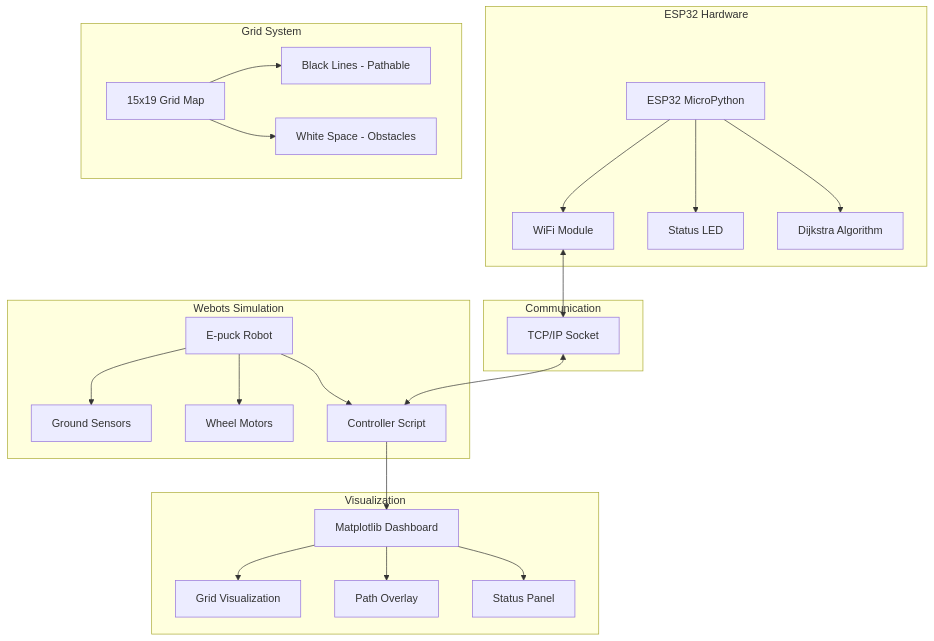
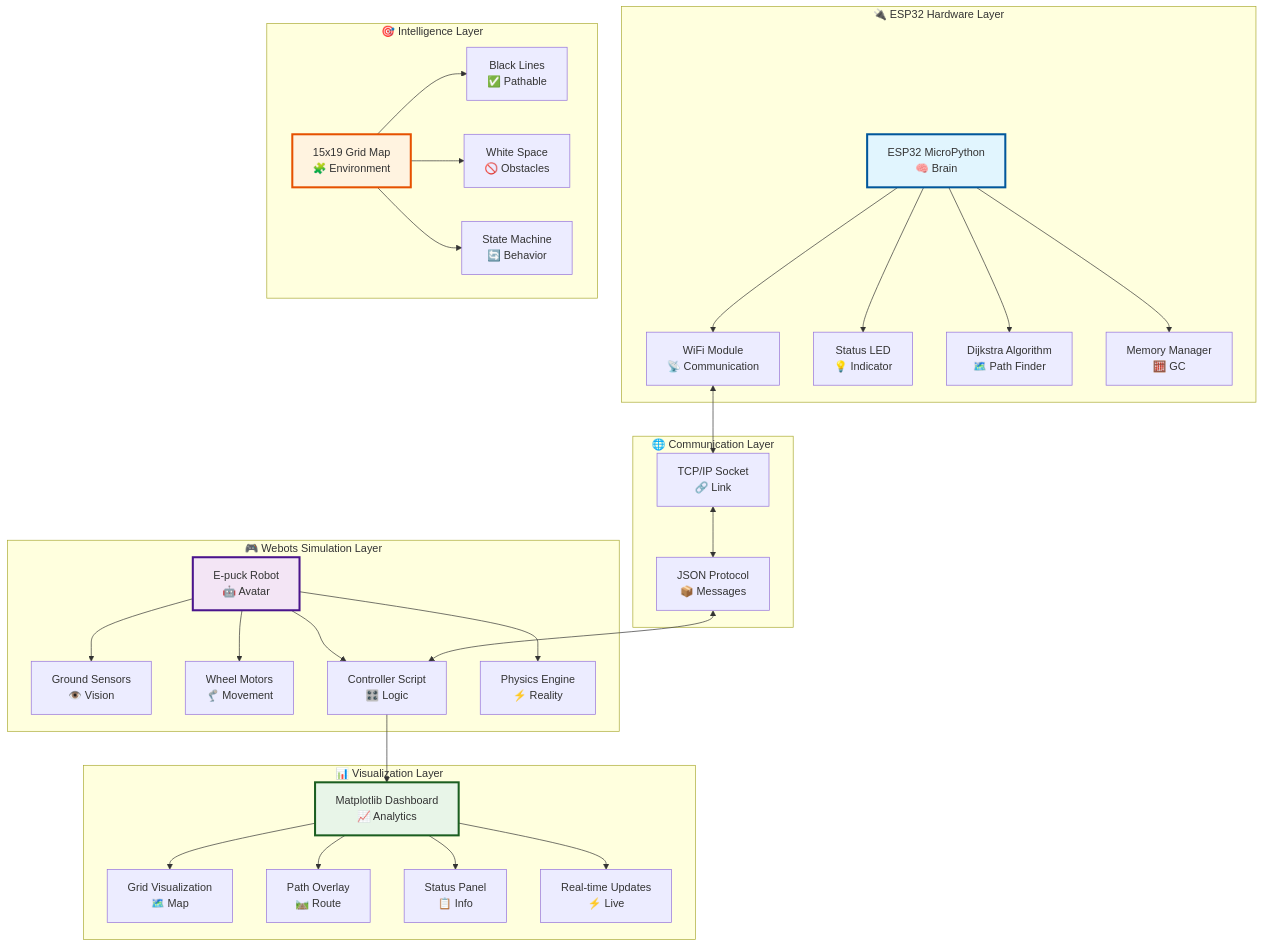
Before and after one commit to Simonf8/Hardware-in-the-Loop-Simulation: the first of 4 diagrams in README.md, drawn with Mermaid. The commit also changed other lines of this file and 1 other file, not shown here.

Commit message:
Add demo video showcasing the Hardware-in-the-Loop Robot Navigation System in action

````diff
--- a/README.md
+++ b/README.md
@@ -57,34 +100,44 @@
 ```mermaid
 graph TB
-    subgraph "ESP32 Hardware"
-        ESP[ESP32 MicroPython]
-        ESP --> WIFI[WiFi Module]
-        ESP --> LED[Status LED]
-        ESP --> DIJKSTRA[Dijkstra Algorithm]
+    subgraph "🔌 ESP32 Hardware Layer"
+        ESP[ESP32 MicroPython<br/>🧠 Brain]
+        ESP --> WIFI[WiFi Module<br/>📡 Communication]
+        ESP --> LED[Status LED<br/>💡 Indicator]
+        ESP --> DIJKSTRA[Dijkstra Algorithm<br/>🗺️ Path Finder]
+        ESP --> MEMORY[Memory Manager<br/>🧮 GC]
     end
     
-    subgraph "Webots Simulation"
-        ROBOT[E-puck Robot]
-        ROBOT --> SENSORS[Ground Sensors]
-        ROBOT --> MOTORS[Wheel Motors]
-        ROBOT --> CONTROL[Controller Script]
+    subgraph "🎮 Webots Simulation Layer"
+        ROBOT[E-puck Robot<br/>🤖 Avatar]
+        ROBOT --> SENSORS[Ground Sensors<br/>👁️ Vision]
+        ROBOT --> MOTORS[Wheel Motors<br/>🦿 Movement]
+        ROBOT --> CONTROL[Controller Script<br/>🎛️ Logic]
+        ROBOT --> PHYSICS[Physics Engine<br/>⚡ Reality]
     end
     
-    subgraph "Communication"
-        WIFI <--> TCPIP[TCP/IP Socket]
-        TCPIP <--> CONTROL
+    subgraph "🌐 Communication Layer"
+        WIFI <--> TCPIP[TCP/IP Socket<br/>🔗 Link]
+        TCPIP <--> JSON[JSON Protocol<br/>📦 Messages]
+        JSON <--> CONTROL
     end
     
-    subgraph "Visualization"
-        CONTROL --> PLOT[Matplotlib Dashboard]
-        PLOT --> GRID[Grid Visualization]
-        PLOT --> PATH[Path Overlay]
-        PLOT --> STATUS[Status Panel]
+    subgraph "📊 Visualization Layer"
+        CONTROL --> PLOT[Matplotlib Dashboard<br/>📈 Analytics]
+        PLOT --> GRID[Grid Visualization<br/>🗺️ Map]
+        PLOT --> PATH[Path Overlay<br/>🛤️ Route]
+        PLOT --> STATUS[Status Panel<br/>📋 Info]
+        PLOT --> REALTIME[Real-time Updates<br/>⚡ Live]
     end
     
-    subgraph "Grid System"
-        GRID_MAP[15x19 Grid Map]
-        GRID_MAP --> BLACK[Black Lines - Pathable]
-        GRID_MAP --> WHITE[White Space - Obstacles]
+    subgraph "🎯 Intelligence Layer"
+        GRID_MAP[15x19 Grid Map<br/>🧩 Environment]
+        GRID_MAP --> BLACK[Black Lines<br/>✅ Pathable]
+        GRID_MAP --> WHITE[White Space<br/>🚫 Obstacles]
+        GRID_MAP --> FSM[State Machine<br/>🔄 Behavior]
     end
+    
+    style ESP fill:#e1f5fe,stroke:#01579b,stroke-width:3px
+    style ROBOT fill:#f3e5f5,stroke:#4a148c,stroke-width:3px
+    style PLOT fill:#e8f5e8,stroke:#1b5e20,stroke-width:3px
+    style GRID_MAP fill:#fff3e0,stroke:#e65100,stroke-width:3px
 ```
````
